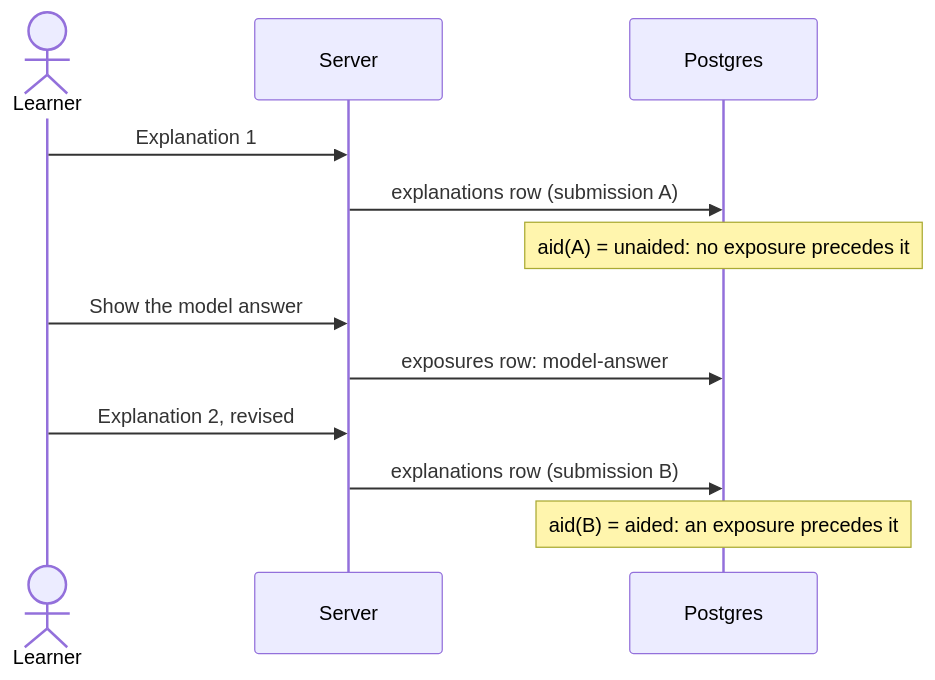
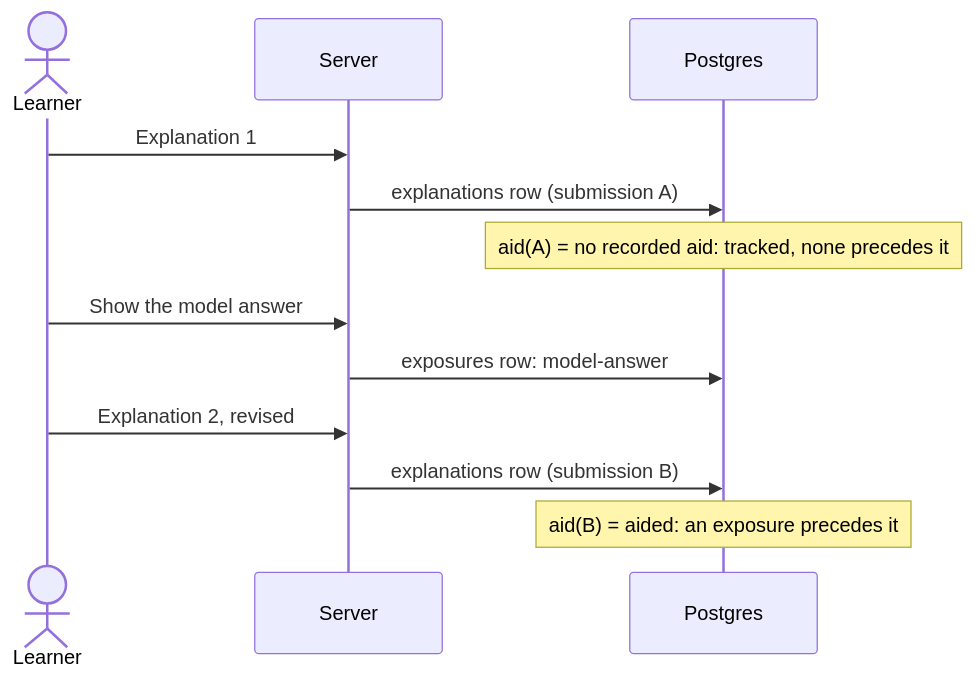
Before and after one commit to flyingrobots/school: the fourth of 6 diagrams in docs/rfc/0002-lessons-written-for-each-learner.md, drawn with Mermaid. The commit also changed other lines of this file and 3 other files, not shown here.

````diff
--- a/docs/rfc/0002-lessons-written-for-each-learner.md
+++ b/docs/rfc/0002-lessons-written-for-each-learner.md
@@ -239,14 +285,14 @@
 ```mermaid
 sequenceDiagram
     actor L as Learner
     participant S as Server
     participant D as Postgres
     L->>S: Explanation 1
     S->>D: explanations row (submission A)
-    Note over D: aid(A) = unaided: no exposure precedes it
+    Note over D: aid(A) = no recorded aid: tracked, none precedes it
     L->>S: Show the model answer
     S->>D: exposures row: model-answer
     L->>S: Explanation 2, revised
     S->>D: explanations row (submission B)
     Note over D: aid(B) = aided: an exposure precedes it
 ```
````
